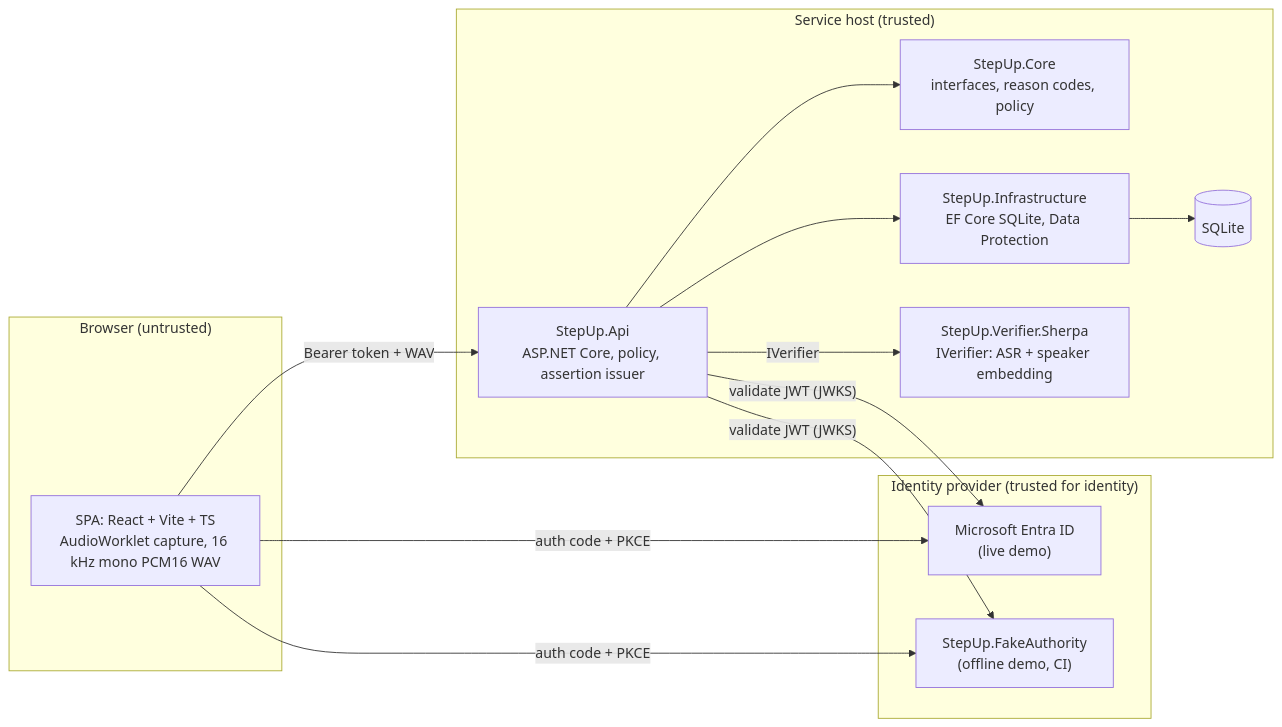
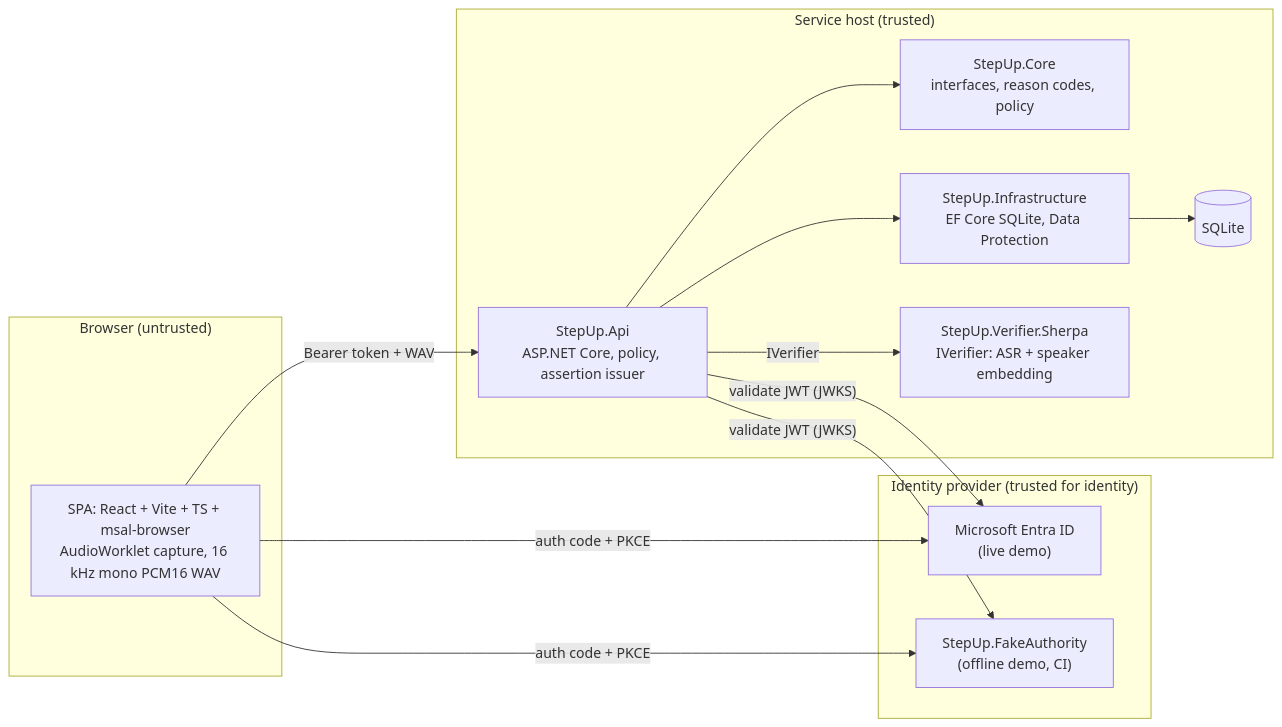
Before and after one commit to alfredorevilla/voice-step-up: the first of 6 diagrams in docs/architecture.md, drawn with Mermaid. The commit also changed other lines of this file and 8 other files, not shown here.

Commit message:
docs: apply M1 review to architecture and ADRs, set T1.6 statuses

````diff
--- a/docs/architecture.md
+++ b/docs/architecture.md
@@ -9,25 +9,25 @@
 ```mermaid
 flowchart LR
   subgraph Browser["Browser (untrusted)"]
-    SPA["SPA: React + Vite + TS\nAudioWorklet capture, 16 kHz mono PCM16 WAV"]
+    SPA["SPA: React + Vite + TS + msal-browser\nAudioWorklet capture, 16 kHz mono PCM16 WAV"]
   end
   subgraph IdP["Identity provider (trusted for identity)"]
     Entra["Microsoft Entra ID\n(live demo)"]
     Fake["StepUp.FakeAuthority\n(offline demo, CI)"]
   end
   subgraph Host["Service host (trusted)"]
     Api["StepUp.Api\nASP.NET Core, policy, assertion issuer"]
     Core["StepUp.Core\ninterfaces, reason codes, policy"]
     Infra["StepUp.Infrastructure\nEF Core SQLite, Data Protection"]
     Ver["StepUp.Verifier.Sherpa\nIVerifier: ASR + speaker embedding"]
     Db[("SQLite")]
   end
   SPA -- "auth code + PKCE" --> Entra
   SPA -- "auth code + PKCE" --> Fake
   SPA -- "Bearer token + WAV" --> Api
   Api -- "validate JWT (JWKS)" --> Entra
   Api -- "validate JWT (JWKS)" --> Fake
   Api --> Core
   Api --> Infra --> Db
   Api -- "IVerifier" --> Ver
 ```
````
